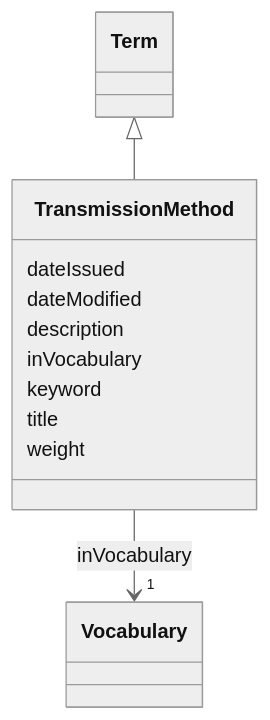
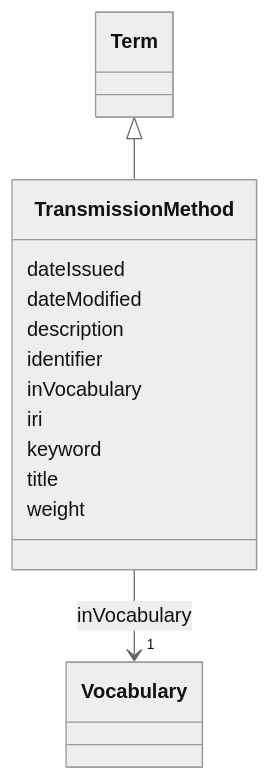
One commit to EVORA-project/evora-ontology changed the diagram in models/docs/TransmissionMethod.md. Above: the diagram before and after it, drawn with Mermaid (neutral theme). The commit also changed other lines of this file and 391 other files, not shown here.

````diff
--- a/models/docs/TransmissionMethod.md
+++ b/models/docs/TransmissionMethod.md
@@ -19,30 +19,34 @@
 ```mermaid
  classDiagram
     class TransmissionMethod
     click TransmissionMethod href "../TransmissionMethod"
       Term <|-- TransmissionMethod
         click Term href "../Term"
       
       TransmissionMethod : dateIssued
         
       TransmissionMethod : dateModified
         
       TransmissionMethod : description
         
+      TransmissionMethod : identifier
+        
       TransmissionMethod : inVocabulary
         
           
     
     
     TransmissionMethod --> "1" Vocabulary : inVocabulary
     click Vocabulary href "../Vocabulary"
 
         
+      TransmissionMethod : iri
+        
       TransmissionMethod : keyword
         
       TransmissionMethod : title
         
       TransmissionMethod : weight
         
       
 ```
````
